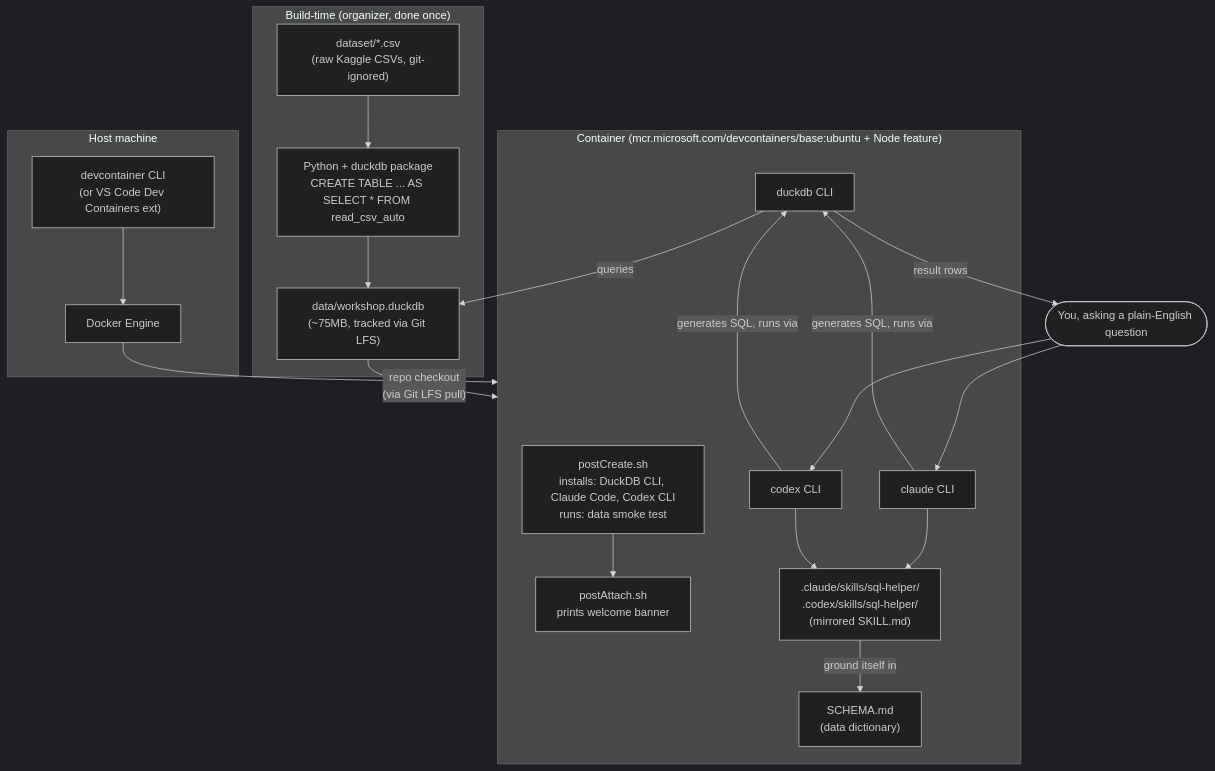
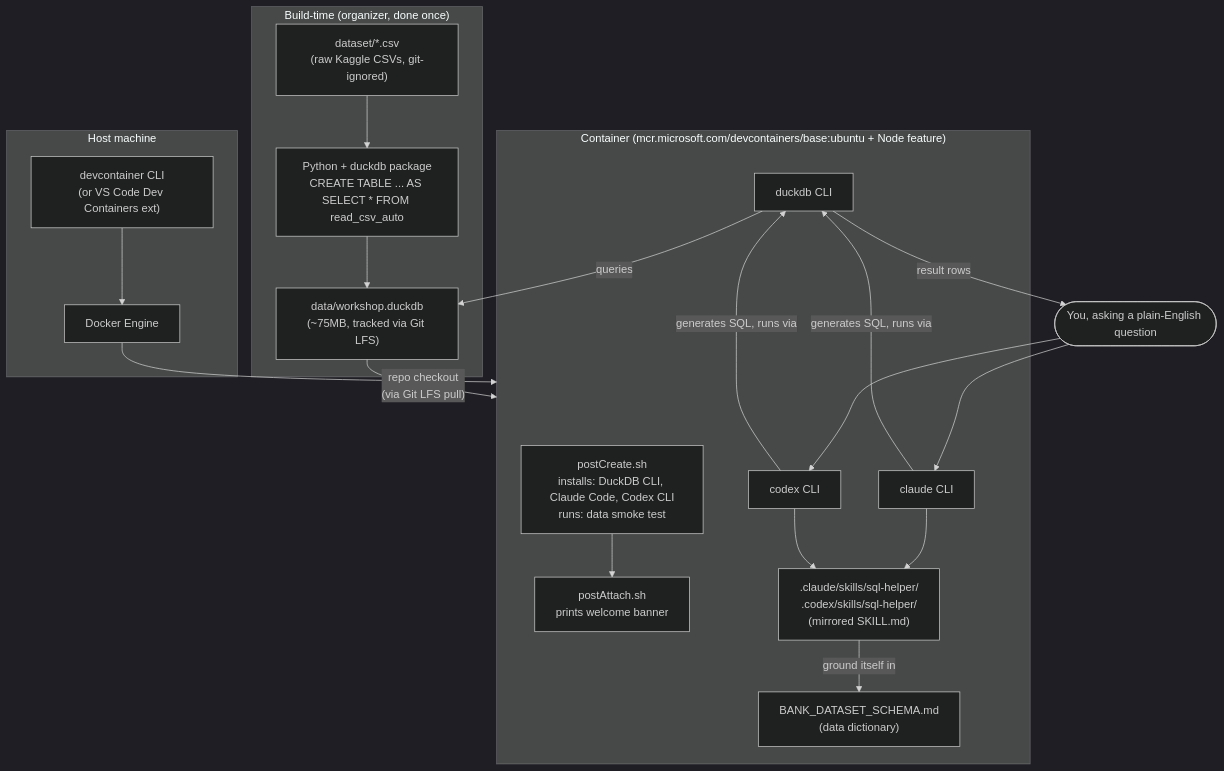
One commit to QuanPham99/CB_Txt2Sql changed the diagram in docs/setup/Iteration_0_LocalTesting.md. Above: the diagram before and after it, drawn with Mermaid (dark theme). The commit also changed other lines of this file and 11 other files, not shown here.

````diff
--- a/docs/setup/Iteration_0_LocalTesting.md
+++ b/docs/setup/Iteration_0_LocalTesting.md
@@ -9,39 +9,39 @@
 ```mermaid
 flowchart TB
     subgraph build["Build-time (organizer, done once)"]
         csv["dataset/*.csv\n(raw Kaggle CSVs, git-ignored)"]
         script["Python + duckdb package\nCREATE TABLE ... AS SELECT * FROM read_csv_auto"]
         db["data/workshop.duckdb\n(~75MB, tracked via Git LFS)"]
         csv --> script --> db
     end
 
     subgraph host["Host machine"]
         docker["Docker Engine"]
         cli["devcontainer CLI\n(or VS Code Dev Containers ext)"]
         cli --> docker
     end
 
     subgraph container["Container (mcr.microsoft.com/devcontainers/base:ubuntu + Node feature)"]
         postcreate["postCreate.sh\ninstalls: DuckDB CLI, Claude Code, Codex CLI\nruns: data smoke test"]
         postattach["postAttach.sh\nprints welcome banner"]
         duckcli["duckdb CLI"]
         claude["claude CLI"]
         codex["codex CLI"]
         skills[".claude/skills/sql-helper/\n.codex/skills/sql-helper/\n(mirrored SKILL.md)"]
-        schema["SCHEMA.md\n(data dictionary)"]
+        schema["BANK_DATASET_SCHEMA.md\n(data dictionary)"]
         postcreate --> postattach
     end
 
     db -->|"repo checkout\n(via Git LFS pull)"| container
     docker --> container
     claude --> skills
     codex --> skills
     skills -->|"ground itself in"| schema
     claude -->|"generates SQL, runs via"| duckcli
     codex -->|"generates SQL, runs via"| duckcli
     duckcli -->|"queries"| db
 
     user(["You, asking a plain-English question"]) --> claude
     user --> codex
     duckcli -->|"result rows"| user
 ```
````
